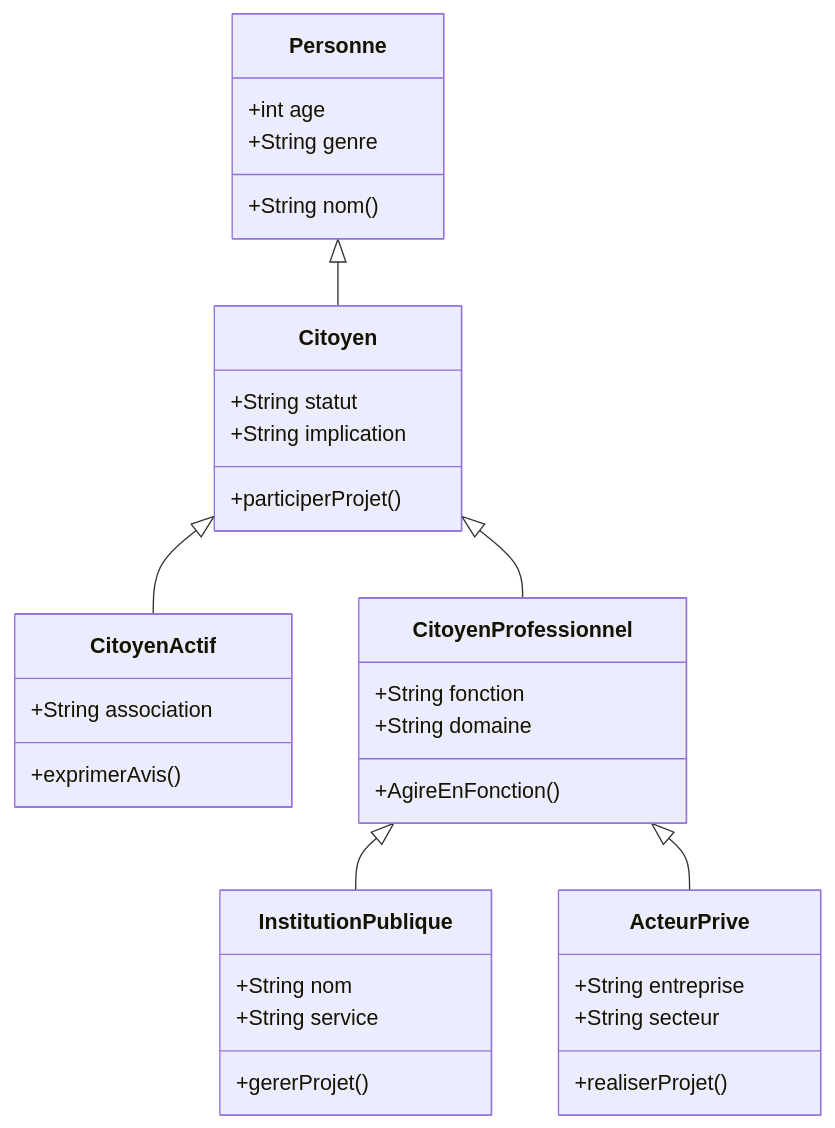
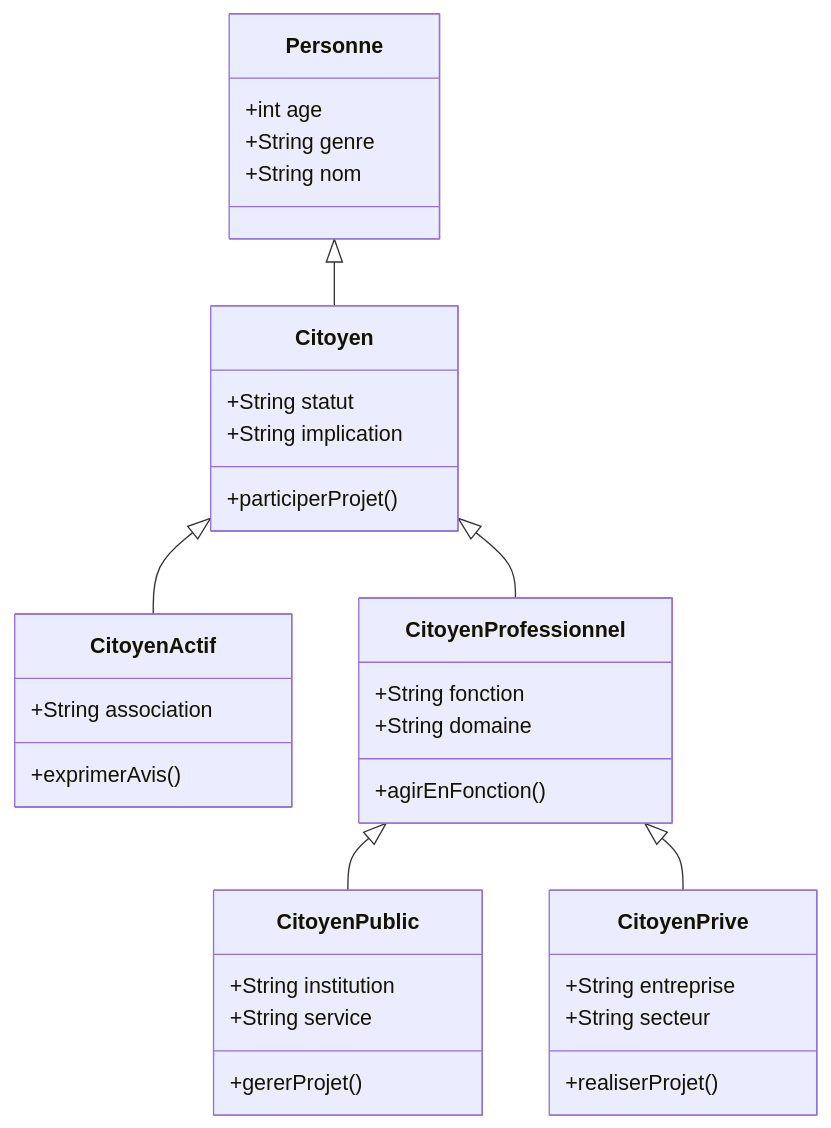
One commit to kahiarchi/plaine---saint--Denis---batiment- changed the diagram in ecoStatkahiarchi.md. Above: the diagram before and after it, drawn with Mermaid. The commit also changed other lines of this file, not shown here.

Commit message:
Refactor class diagram and update citizen roles

````diff
--- a/ecoStatkahiarchi.md
+++ b/ecoStatkahiarchi.md
@@ -116,40 +116,44 @@
 ```mermaid
 classDiagram
     Personne <|-- Citoyen
     Citoyen <|-- CitoyenActif
     Citoyen <|-- CitoyenProfessionnel
-
-    CitoyenProfessionnel <|-- InstitutionPublique
-    CitoyenProfessionnel <|-- ActeurPrive
+    CitoyenProfessionnel <|-- CitoyenPublic
+    CitoyenProfessionnel <|-- CitoyenPrive
 
   class Personne {
      +int age
      +String genre
-     +String nom ()
-    }
+     +String nom
+  }
+
   class Citoyen {
      +String statut 
      +String implication
      +participerProjet()
-    }
-  class CitoyenActif{
-          +String association
-          +exprimerAvis()
-          }
-    class CitoyenProfessionnel{
-      +String fonction
-      +String domaine
-      +AgireEnFonction()
-     }
-   class InstitutionPublique{
-      +String nom
-      +String service
-      +gererProjet()
-     }
-   class ActeurPrive{
-      +String entreprise
-      +String secteur
-      +realiserProjet()
-     }
+  }
+
+  class CitoyenActif {
+     +String association
+     +exprimerAvis()
+  }
+
+  class CitoyenProfessionnel {
+     +String fonction
+     +String domaine
+     +agirEnFonction()
+  }
+
+  class CitoyenPublic {
+     +String institution
+     +String service
+     +gererProjet()
+  }
+
+  class CitoyenPrive {
+     +String entreprise
+     +String secteur
+     +realiserProjet()
+  }
   
 ```
````
